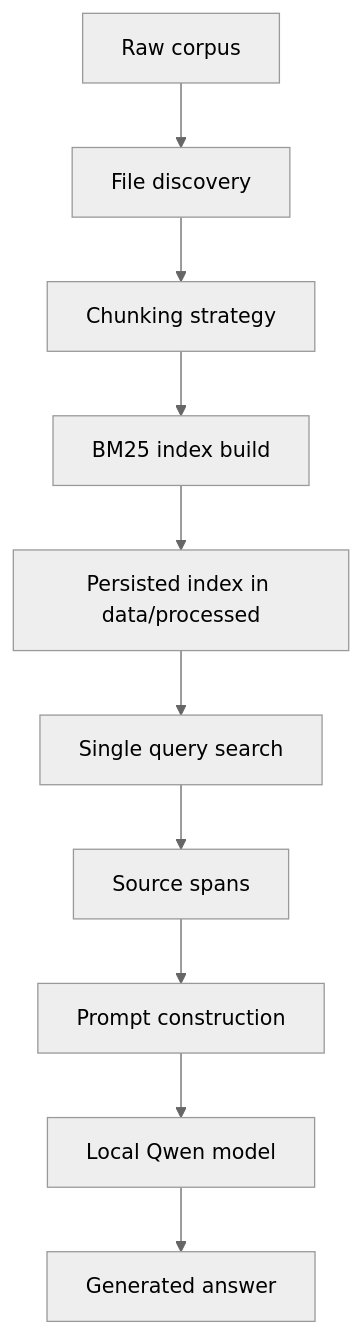
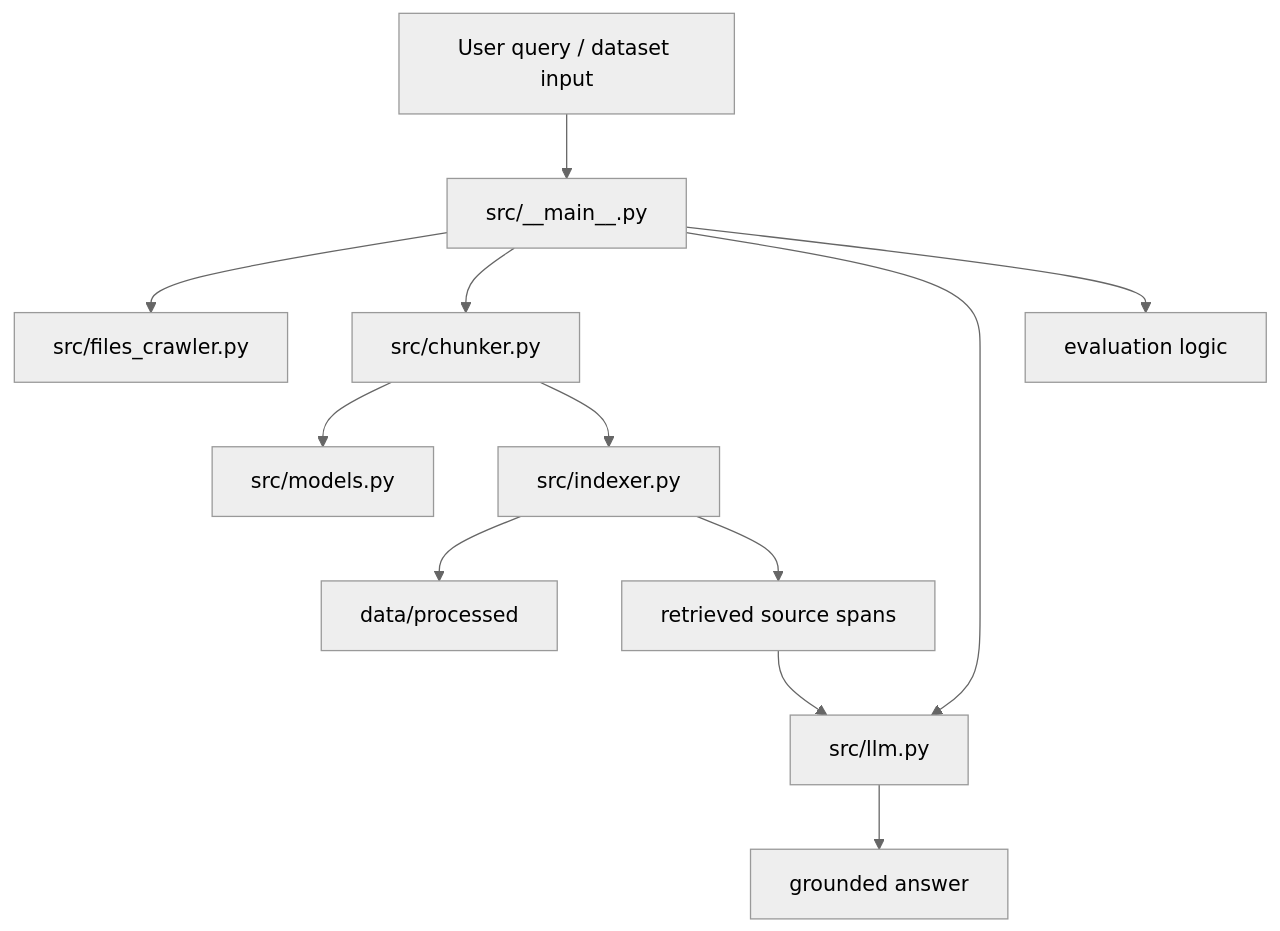
The diagram in README.md (kikookraft/RAGatm), drawn with Mermaid (neutral theme) before and after one commit. The commit also changed other lines of this file, not shown here.

````diff
--- a/README.md
+++ b/README.md
@@ -29,12 +211,14 @@
 ```mermaid
 graph TD
-    A[Raw corpus] --> B[File discovery]
-    B --> C[Chunking strategy]
-    C --> D[BM25 index build]
-    D --> E[Persisted index in data/processed]
-    E --> F[Single query search]
-    F --> G[Source spans]
-    G --> H[Prompt construction]
-    H --> I[Local Qwen model]
-    I --> J[Generated answer]
+    A[User query / dataset input] --> B[src/__main__.py]
+    B --> C[src/files_crawler.py]
+    B --> D[src/chunker.py]
+    D --> E[src/models.py]
+    D --> F[src/indexer.py]
+    F --> G[data/processed]
+    B --> H[src/llm.py]
+    F --> I[retrieved source spans]
+    I --> H
+    H --> J[grounded answer]
+    B --> K[evaluation logic]
 ```
````
